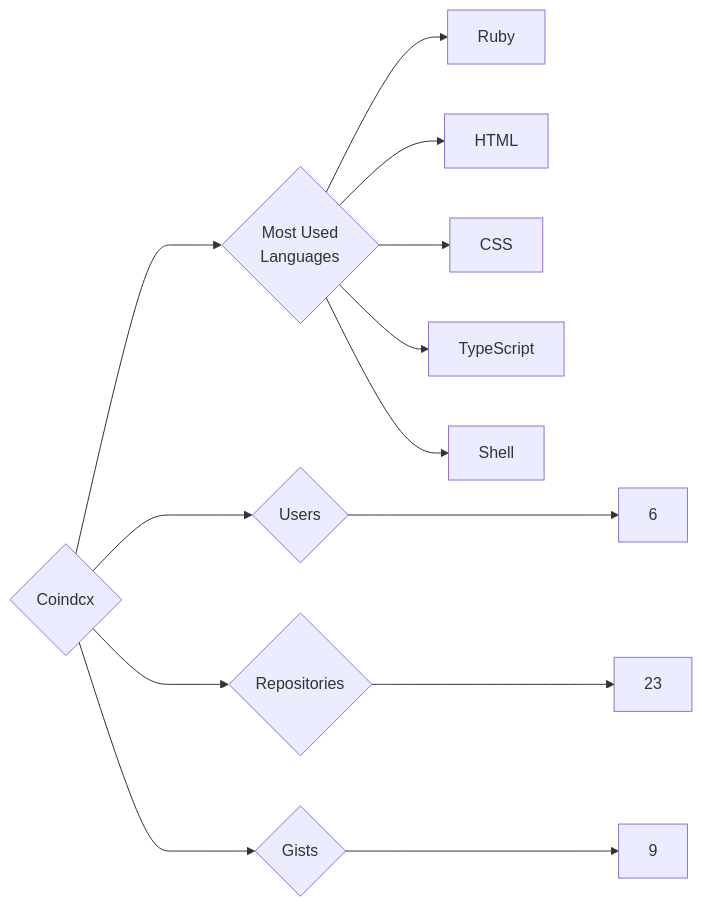
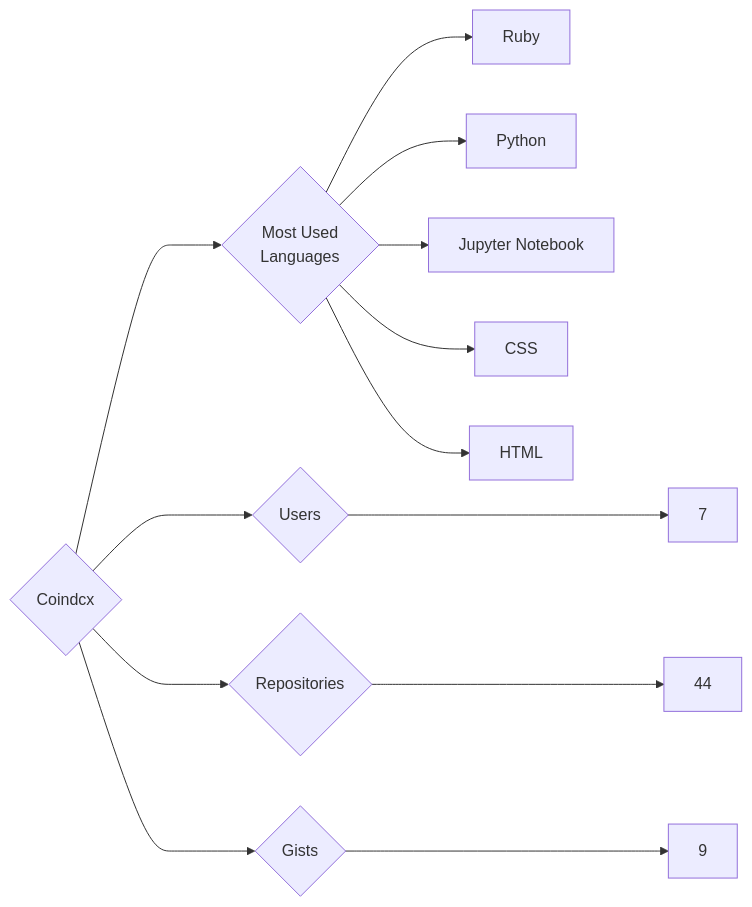
One commit to trickest/insiders changed the diagram in targets/Coindcx/README.md. Above: the diagram before and after it, drawn with Mermaid. The commit also changed 1023 other files, not shown here.

````diff
--- a/targets/Coindcx/README.md
+++ b/targets/Coindcx/README.md
@@ -3,13 +3,13 @@
 ```mermaid
 graph LR
 COMPANY_NAME{Coindcx}
-COMPANY_NAME ---> U{Users} ---> UN[6]
-COMPANY_NAME ---> R{Repositories} ---> RN[23]
+COMPANY_NAME ---> U{Users} ---> UN[7]
+COMPANY_NAME ---> R{Repositories} ---> RN[44]
 COMPANY_NAME ---> G{Gists} ---> GN[9]
 COMPANY_NAME ---> ML{Most Used<br>Languages}
 ML --> Ruby[Ruby]
+ML --> Python[Python]
+ML --> Jupyter_Notebook[Jupyter Notebook]
+ML --> CSS[CSS]
 ML --> HTML[HTML]
-ML --> CSS[CSS]
-ML --> TypeScript[TypeScript]
-ML --> Shell[Shell]
 ```
````
